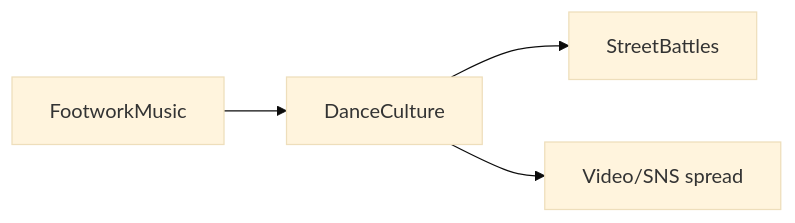
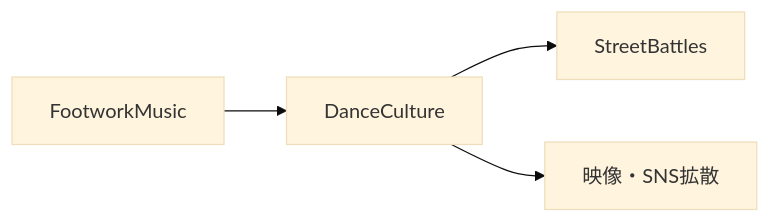
Before and after one commit to monumental-movement/monumental-movement.github.io: the second of 3 diagrams in en/_posts/2025-11-30-column-footwork-juke.md, drawn with Mermaid (base theme). The commit also changed other lines of this file and 2196 other files, not shown here.

```diff
--- a/en/_posts/2025-11-30-column-footwork-juke.md
+++ b/en/_posts/2025-11-30-column-footwork-juke.md
@@ -79,6 +79,6 @@
 <div class="mermaid">
 flowchart LR
     FootworkMusic --> DanceCulture
     DanceCulture --> StreetBattles
-    DanceCulture --> Tutorials[Video/SNS spread]
+    DanceCulture --> Tutorials[映像・SNS拡散]
 </div>
```
